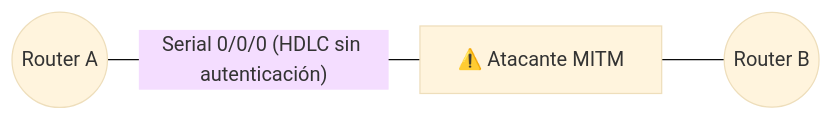
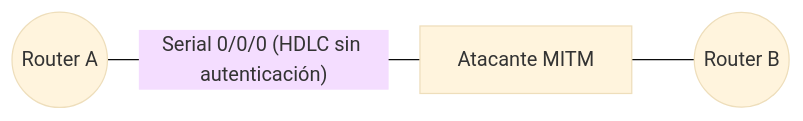
The second of 7 diagrams in APUNTES/ITO/Conmutacion/UNIDAD 3 -TEORICO.md (SamuelPerez098/APUNTES-ITO), drawn with Mermaid (base theme) before and after one commit. The commit also changed other lines of this file, not shown here.

````diff
--- a/APUNTES/ITO/Conmutacion/UNIDAD 3 -TEORICO.md
+++ b/APUNTES/ITO/Conmutacion/UNIDAD 3 -TEORICO.md
@@ -38,4 +38,4 @@
 ```mermaid
 flowchart LR
-    R1((Router A)) -- "Serial 0/0/0 (HDLC sin autenticación)" --- MITM[⚠️ Atacante MITM] --- R2((Router B))
+    R1((Router A)) -- "Serial 0/0/0 (HDLC sin autenticación)" --- MITM[ Atacante MITM] --- R2((Router B))
 ```
````
